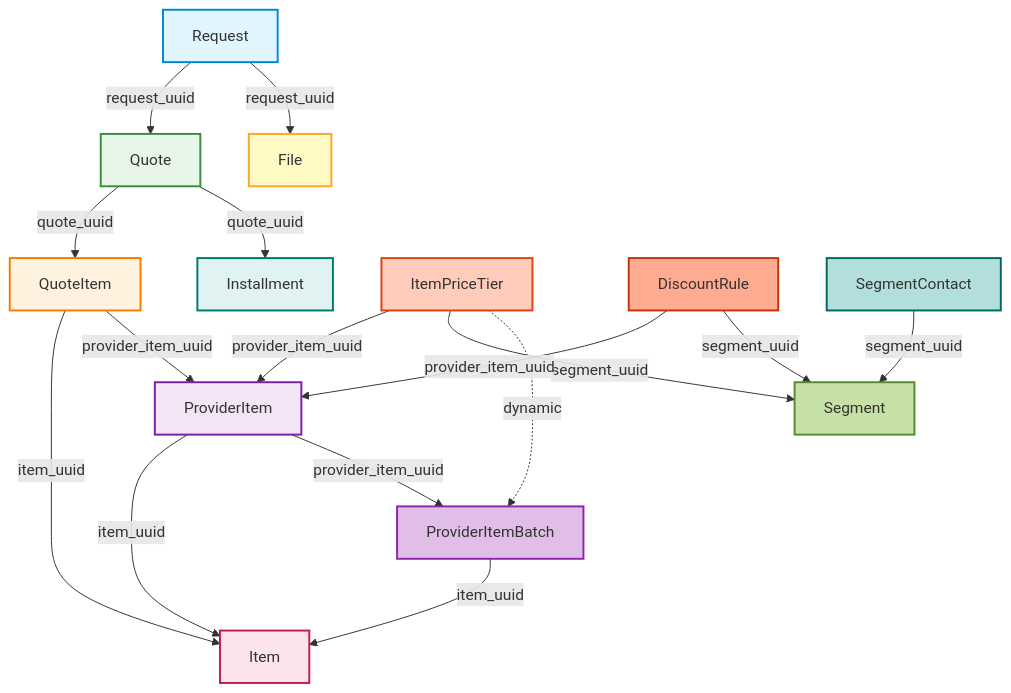
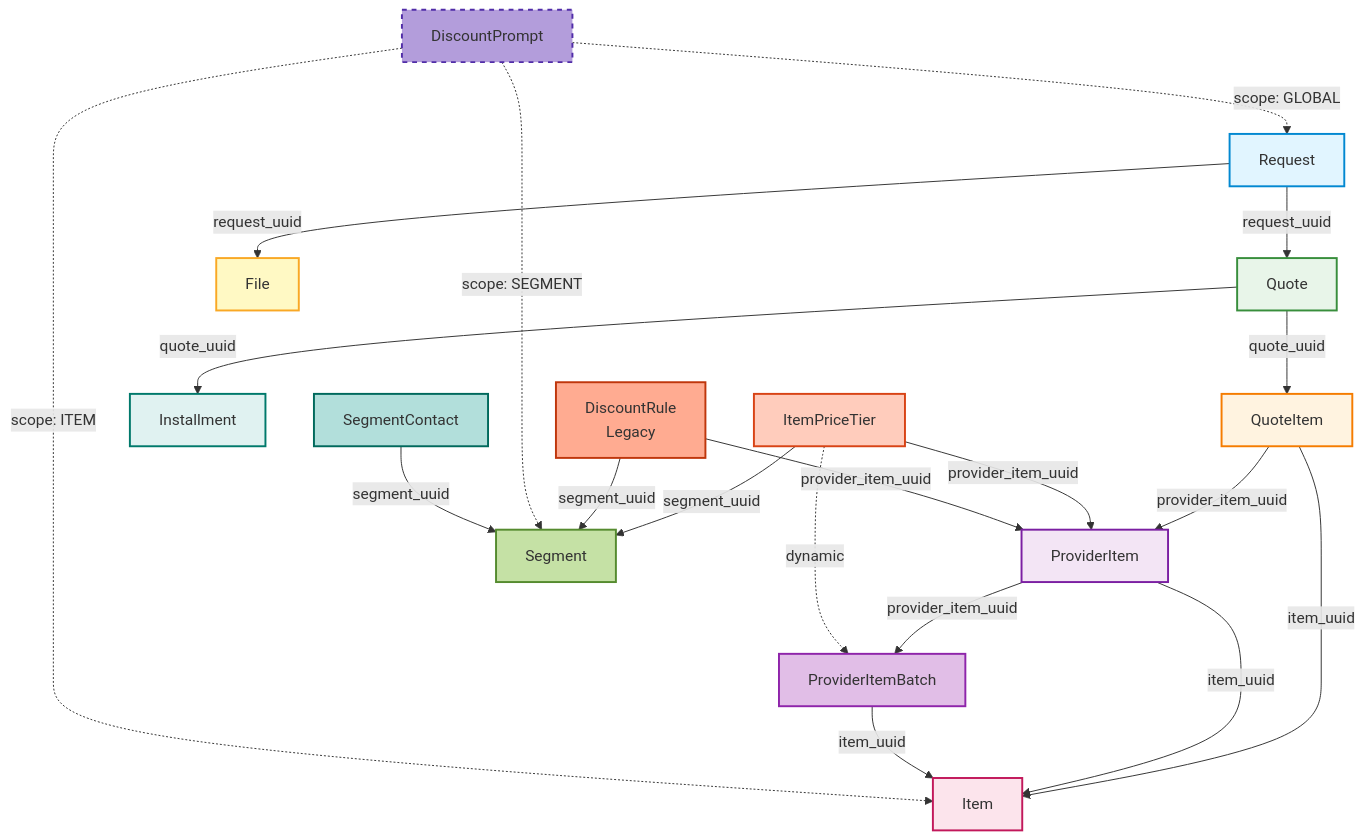
The first of 16 diagrams in docs/DEVELOPMENT_PLAN.md (ideabosque/ai_rfq_engine), drawn with Mermaid before and after one commit. The commit also changed other lines of this file and 3 other files, not shown here.

Commit message:
Add discount prompt model and expand MCP docs

````diff
--- a/docs/DEVELOPMENT_PLAN.md
+++ b/docs/DEVELOPMENT_PLAN.md
@@ -49,39 +49,45 @@
 ```mermaid
 graph TD
     %% RFQ Workflow Chain (5 levels)
     A[Request] -->|request_uuid| B[Quote]
     B -->|quote_uuid| C[QuoteItem]
     C -->|item_uuid| D[Item]
     C -->|provider_item_uuid| E[ProviderItem]
     E -->|item_uuid| D
     B -->|quote_uuid| F[Installment]
     A -->|request_uuid| G[File]
     
     %% Provider Item Hierarchy (3 levels)
     E -->|provider_item_uuid| H[ProviderItemBatch]
     H -->|item_uuid| D
     
     %% Pricing & Rules Hierarchy (3 levels)
     I[ItemPriceTier] -->|provider_item_uuid| E
     I -->|segment_uuid| J[Segment]
     I -.->|dynamic| H
-    K[DiscountRule] -->|provider_item_uuid| E
+    K[DiscountRule<br/>Legacy] -->|provider_item_uuid| E
     K -->|segment_uuid| J
-    
+
+    %% AI-Driven Discount Prompts
+    M[DiscountPrompt] -.->|scope: SEGMENT| J
+    M -.->|scope: ITEM| D
+    M -.->|scope: GLOBAL| A
+
     %% Segment Hierarchy (2 levels)
     L[SegmentContact] -->|segment_uuid| J
-    
+
     %% Styling
     style A fill:#e1f5ff,stroke:#0288d1,stroke-width:2px
     style B fill:#e8f5e9,stroke:#388e3c,stroke-width:2px
     style C fill:#fff3e0,stroke:#f57c00,stroke-width:2px
     style D fill:#fce4ec,stroke:#c2185b,stroke-width:2px
     style E fill:#f3e5f5,stroke:#7b1fa2,stroke-width:2px
     style F fill:#e0f2f1,stroke:#00796b,stroke-width:2px
     style G fill:#fff9c4,stroke:#f9a825,stroke-width:2px
     style H fill:#e1bee7,stroke:#8e24aa,stroke-width:2px
     style I fill:#ffccbc,stroke:#d84315,stroke-width:2px
     style J fill:#c5e1a5,stroke:#558b2f,stroke-width:2px
     style K fill:#ffab91,stroke:#bf360c,stroke-width:2px
     style L fill:#b2dfdb,stroke:#00695c,stroke-width:2px
+    style M fill:#b39ddb,stroke:#512da8,stroke-width:2px,stroke-dasharray: 5 5
 ```
````
